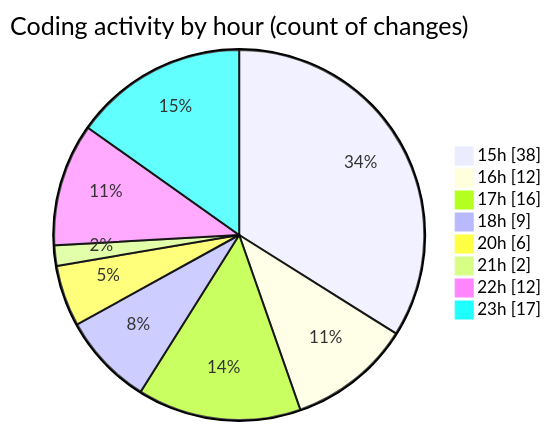
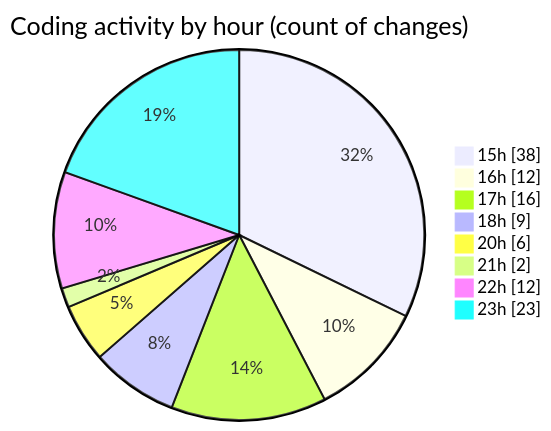
The second of 2 diagrams in 2025-09-08/cashcalculator/README.md (nxtqubesakshisongat/code-tracking), drawn with Mermaid before and after one commit. The commit also changed other lines of this file and 1 other file, not shown here.

````diff
--- a/2025-09-08/cashcalculator/README.md
+++ b/2025-09-08/cashcalculator/README.md
@@ -28,12 +30,12 @@
 ```mermaid
 pie showData
 title Coding activity by hour (count of changes)
 "15h" : 38
 "16h" : 12
 "17h" : 16
 "18h" : 9
 "20h" : 6
 "21h" : 2
 "22h" : 12
-"23h" : 17
+"23h" : 23
 ```
````
